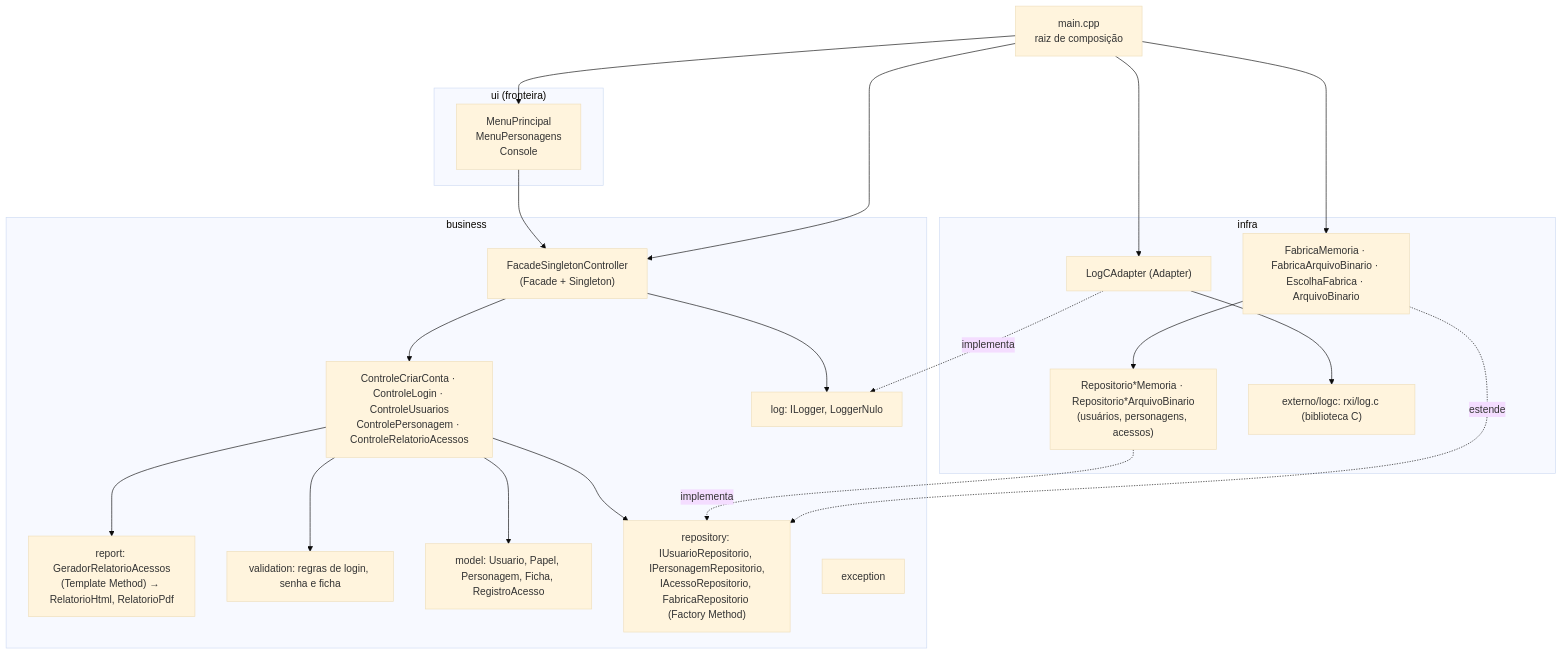
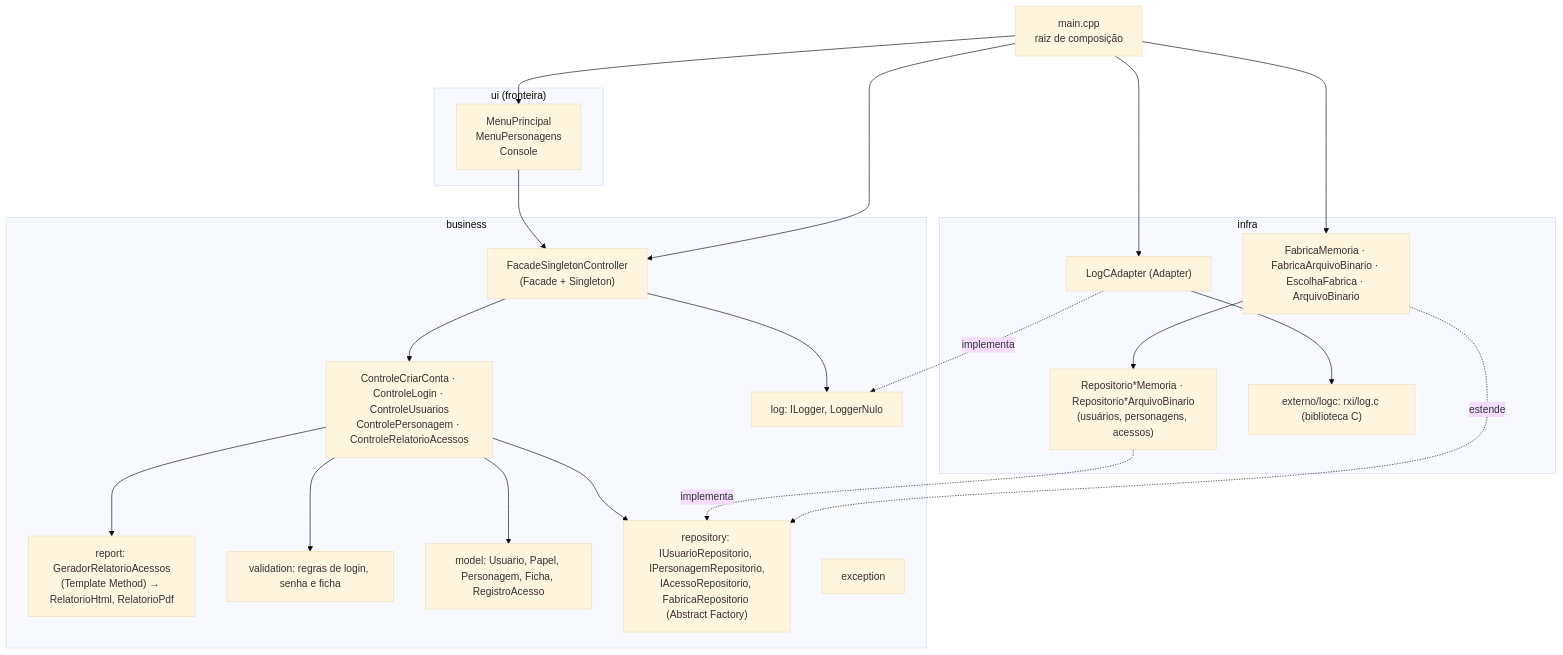
Before and after one commit to isac531/Gerenciador_RPG: the first of 2 diagrams in docs/07-arquitetura/README.md, drawn with Mermaid (base theme). The commit also changed other lines of this file and 6 other files, not shown here.

Commit message:
docs(adr): renomear ADR-0005 para Abstract Factory e corrigir links

````diff
--- a/docs/07-arquitetura/README.md
+++ b/docs/07-arquitetura/README.md
@@ -22,40 +22,40 @@
 ```mermaid
 flowchart TB
     subgraph ui["ui (fronteira)"]
         menu["MenuPrincipal<br/>MenuPersonagens<br/>Console"]
     end
     subgraph business["business"]
         fachada["FacadeSingletonController<br/>(Facade + Singleton)"]
         controles["ControleCriarConta · ControleLogin · ControleUsuarios<br/>ControlePersonagem · ControleRelatorioAcessos"]
         relatorios["report: GeradorRelatorioAcessos<br/>(Template Method) → RelatorioHtml, RelatorioPdf"]
         regras["validation: regras de login, senha e ficha"]
         modelo["model: Usuario, Papel, Personagem, Ficha, RegistroAcesso"]
-        contratos["repository: IUsuarioRepositorio, IPersonagemRepositorio,<br/>IAcessoRepositorio, FabricaRepositorio (Factory Method)"]
+        contratos["repository: IUsuarioRepositorio, IPersonagemRepositorio,<br/>IAcessoRepositorio, FabricaRepositorio (Abstract Factory)"]
         log["log: ILogger, LoggerNulo"]
         excecoes["exception"]
     end
     subgraph infra["infra"]
         repos["Repositorio*Memoria · Repositorio*ArquivoBinario<br/>(usuários, personagens, acessos)"]
         fabrica["FabricaMemoria · FabricaArquivoBinario · EscolhaFabrica · ArquivoBinario"]
         adaptador["LogCAdapter (Adapter)"]
         logc["externo/logc: rxi/log.c (biblioteca C)"]
     end
     main["main.cpp<br/>raiz de composição"]
 
     menu --> fachada
     fachada --> controles
     fachada --> log
     controles --> regras
     controles --> modelo
     controles --> contratos
     controles --> relatorios
     repos -. implementa .-> contratos
     fabrica -. estende .-> contratos
     fabrica --> repos
     adaptador -. implementa .-> log
     adaptador --> logc
     main --> menu
     main --> fachada
     main --> fabrica
     main --> adaptador
 ```
````
